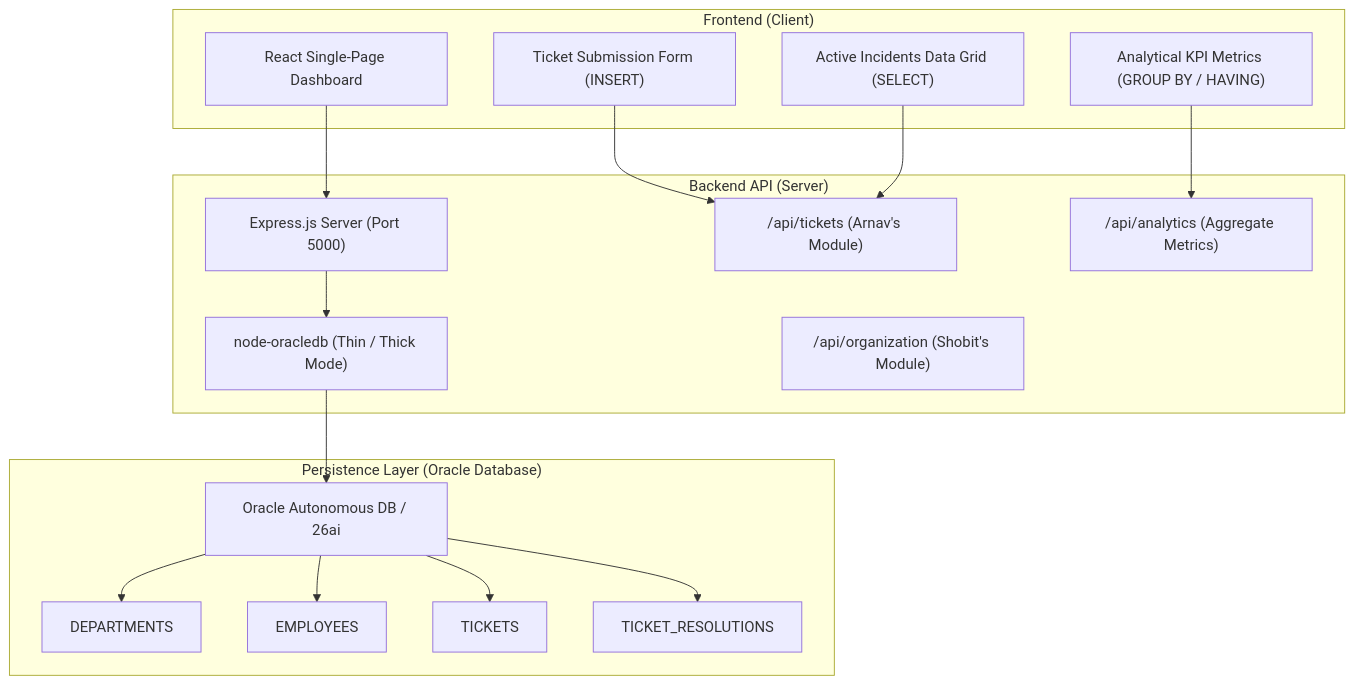
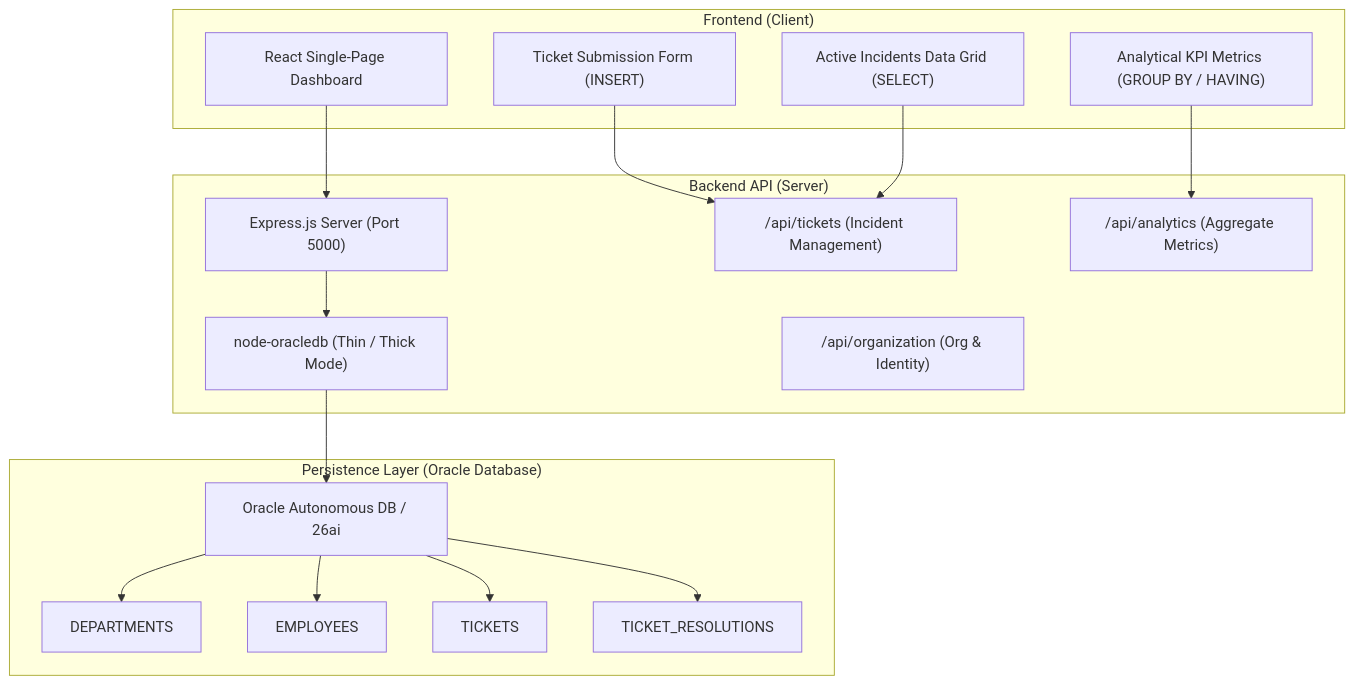
One commit to ArnavGoel77/ticketing-system changed the first of 2 diagrams in README.md. Above: the diagram before and after it, drawn with Mermaid. The commit also changed other lines of this file, not shown here.

````diff
--- a/README.md
+++ b/README.md
@@ -29,33 +19,33 @@
 ```mermaid
 flowchart TD
     subgraph Frontend ["Frontend (Client)"]
         UI["React Single-Page Dashboard"]
         Forms["Ticket Submission Form (INSERT)"]
         Grid["Active Incidents Data Grid (SELECT)"]
         Charts["Analytical KPI Metrics (GROUP BY / HAVING)"]
     end
 
     subgraph Backend ["Backend API (Server)"]
         Express["Express.js Server (Port 5000)"]
         Driver["node-oracledb (Thin / Thick Mode)"]
-        Routes1["/api/tickets (Arnav's Module)"]
-        Routes2["/api/organization (Shobit's Module)"]
+        Routes1["/api/tickets (Incident Management)"]
+        Routes2["/api/organization (Org & Identity)"]
         Routes3["/api/analytics (Aggregate Metrics)"]
     end
 
     subgraph Database ["Persistence Layer (Oracle Database)"]
         Oracle["Oracle Autonomous DB / 26ai"]
         T1["DEPARTMENTS"]
         T2["EMPLOYEES"]
         T3["TICKETS"]
         T4["TICKET_RESOLUTIONS"]
     end
 
     UI --> Express
     Forms --> Routes1
     Grid --> Routes1
     Charts --> Routes3
     Express --> Driver
     Driver --> Oracle
     Oracle --> T1 & T2 & T3 & T4
 ```
````
